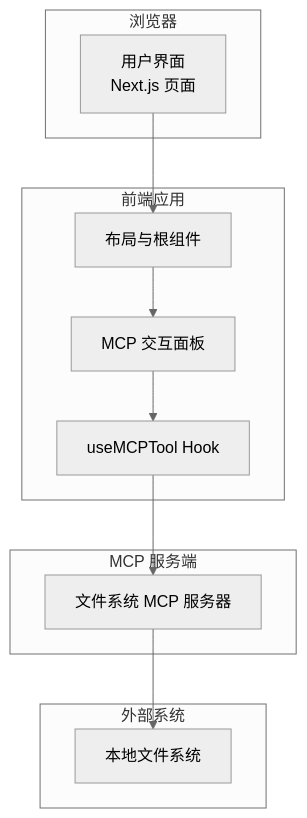
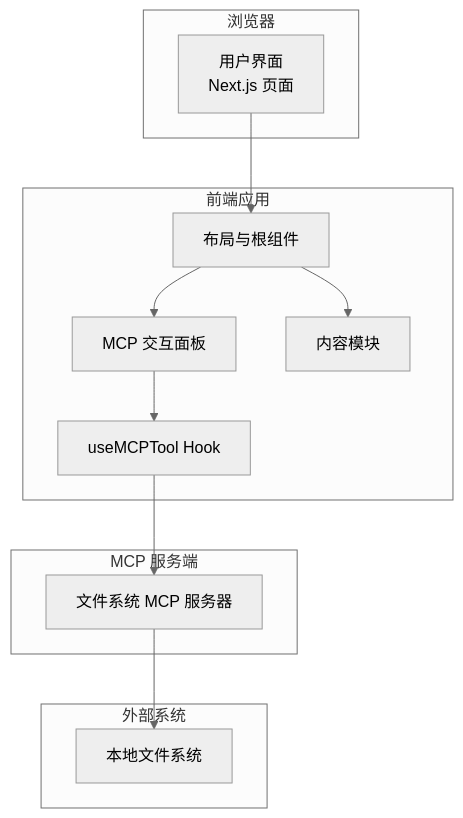
The first of 7 diagrams in .qoder/repowiki/zh/content/MCP架构设计/MCP架构设计.md (Leslie-Chuan/classic-example), drawn with Mermaid (neutral theme) before and after one commit. The commit also changed other lines of this file and 46 other files, not shown here.

````diff
--- a/.qoder/repowiki/zh/content/MCP架构设计/MCP架构设计.md
+++ b/.qoder/repowiki/zh/content/MCP架构设计/MCP架构设计.md
@@ -41,22 +49,24 @@
 ```mermaid
 graph TB
 subgraph "浏览器"
 UI["用户界面<br/>Next.js 页面"]
 end
 subgraph "前端应用"
 Layout["布局与根组件"]
 Playground["MCP 交互面板"]
 Hook["useMCPTool Hook"]
+Content["内容模块"]
 end
 subgraph "MCP 服务端"
 Server["文件系统 MCP 服务器"]
 end
 subgraph "外部系统"
 FS["本地文件系统"]
 end
 UI --> Layout
 Layout --> Playground
+Layout --> Content
 Playground --> Hook
 Hook --> Server
 Server --> FS
 ```
````
